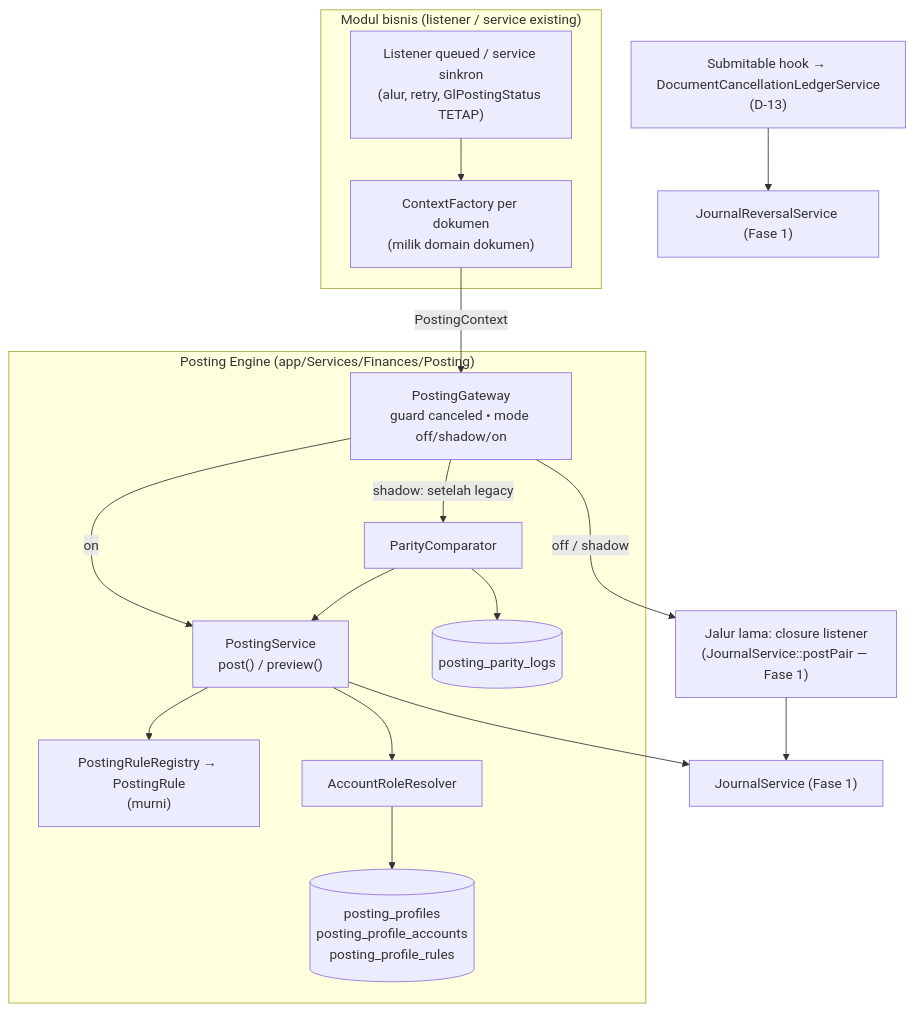
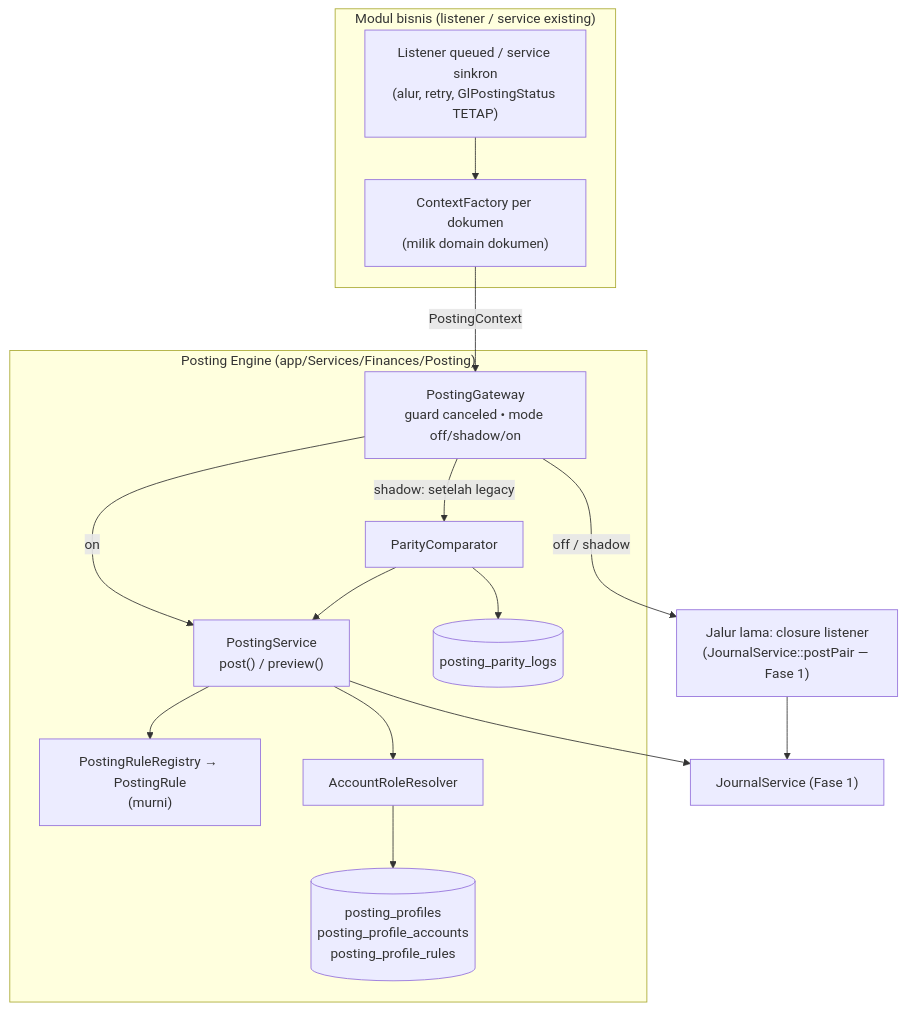
Before and after one commit to RimbunCode/erp_pataya: the diagram in .kiro/specs/finance-p2-posting-engine/design.md, drawn with Mermaid. The commit also changed other lines of this file and 6 other files, not shown here.

````diff
--- a/.kiro/specs/finance-p2-posting-engine/design.md
+++ b/.kiro/specs/finance-p2-posting-engine/design.md
@@ -25,27 +25,26 @@
 ```mermaid
 flowchart TD
     subgraph MOD["Modul bisnis (listener / service existing)"]
         LF["ContextFactory per dokumen<br/>(milik domain dokumen)"]
         LN["Listener queued / service sinkron<br/>(alur, retry, GlPostingStatus TETAP)"]
     end
     LN --> LF
     LF -->|PostingContext| GW
     subgraph ENG["Posting Engine (app/Services/Finances/Posting)"]
         GW["PostingGateway<br/>guard canceled • mode off/shadow/on"]
         PS["PostingService<br/>post() / preview()"]
         RR["PostingRuleRegistry → PostingRule<br/>(murni)"]
         AR["AccountRoleResolver"]
         PP[("posting_profiles<br/>posting_profile_accounts<br/>posting_profile_rules")]
         CMP["ParityComparator"]
         PL[("posting_parity_logs")]
         GW -->|on| PS
         GW -->|shadow: setelah legacy| CMP --> PL
         CMP --> PS
         PS --> RR
         PS --> AR --> PP
     end
     GW -->|off / shadow| LEG["Jalur lama: closure listener<br/>(JournalService::postPair — Fase 1)"]
     PS --> JS["JournalService (Fase 1)"]
     LEG --> JS
-    CAN["Submitable hook → DocumentCancellationLedgerService<br/>(D-13)"] --> REV["JournalReversalService (Fase 1)"]
 ```
````
